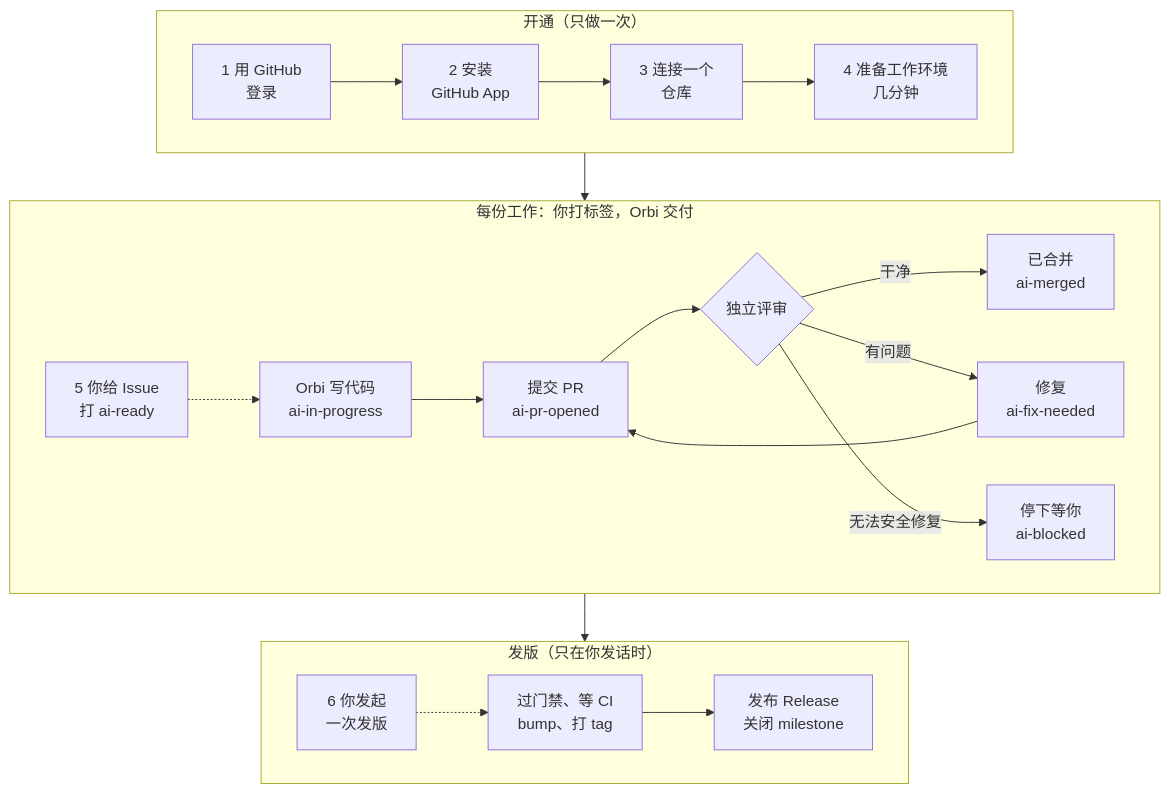
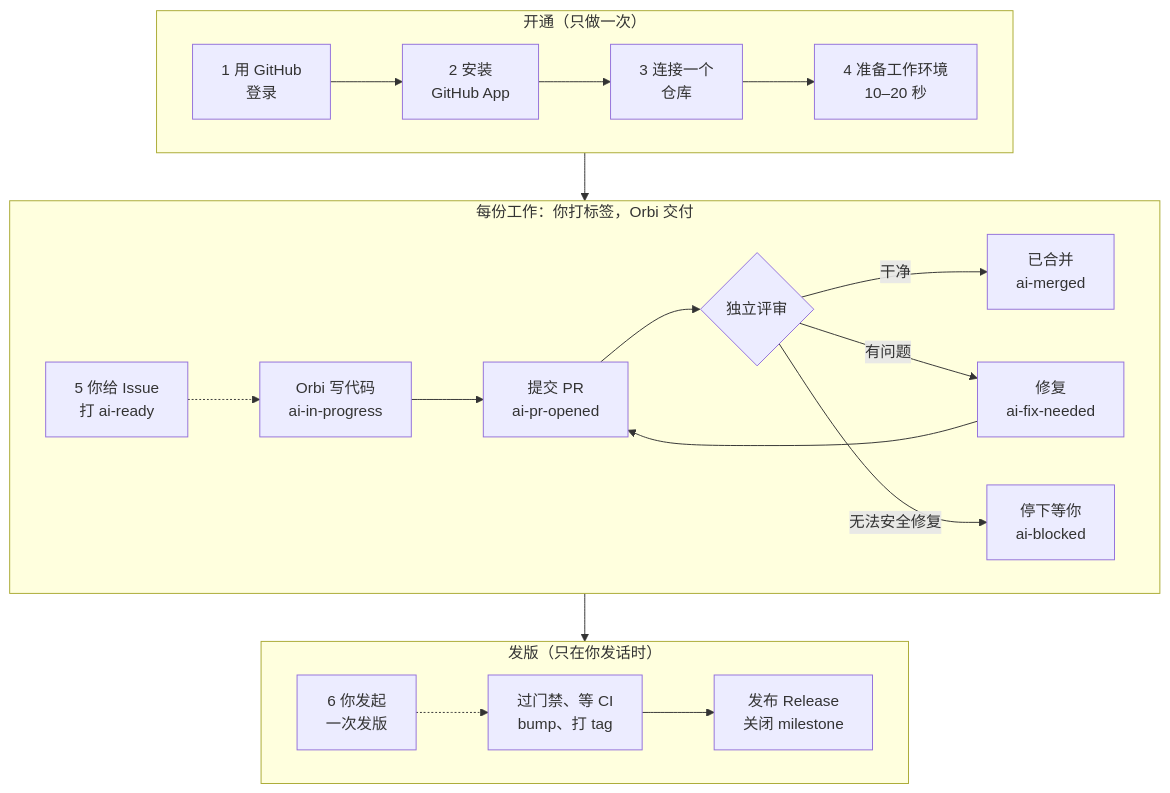
Before and after one commit to orbi-build/orbi-cloud-docs: the first of 2 diagrams in zh/index.mdx, drawn with Mermaid. The commit also changed other lines of this file and 11 other files, not shown here.

````diff
--- a/zh/index.mdx
+++ b/zh/index.mdx
@@ -17,22 +17,22 @@
 ```mermaid
 flowchart TD
   subgraph setup["开通（只做一次）"]
     direction LR
-    s1["1 用 GitHub<br/>登录"] --> s2["2 安装<br/>GitHub App"] --> s3["3 连接一个<br/>仓库"] --> s4["4 准备工作环境<br/>几分钟"]
+    s1["1 用 GitHub<br/>登录"] --> s2["2 安装<br/>GitHub App"] --> s3["3 连接一个<br/>仓库"] --> s4["4 准备工作环境<br/>10–20 秒"]
   end
 
   subgraph work["每份工作：你打标签，Orbi 交付"]
     direction LR
     w1["5 你给 Issue<br/>打 ai-ready"] -.-> w2["Orbi 写代码<br/>ai-in-progress"] --> w3["提交 PR<br/>ai-pr-opened"] --> w4{"独立评审"}
     w4 -->|干净| w5["已合并<br/>ai-merged"]
     w4 -->|有问题| w6["修复<br/>ai-fix-needed"] --> w3
     w4 -->|无法安全修复| w7["停下等你<br/>ai-blocked"]
   end
 
   subgraph rel["发版（只在你发话时）"]
     direction LR
     r1["6 你发起<br/>一次发版"] -.-> r2["过门禁、等 CI<br/>bump、打 tag"] --> r3["发布 Release<br/>关闭 milestone"]
   end
 
   setup --> work --> rel
 ```
````
